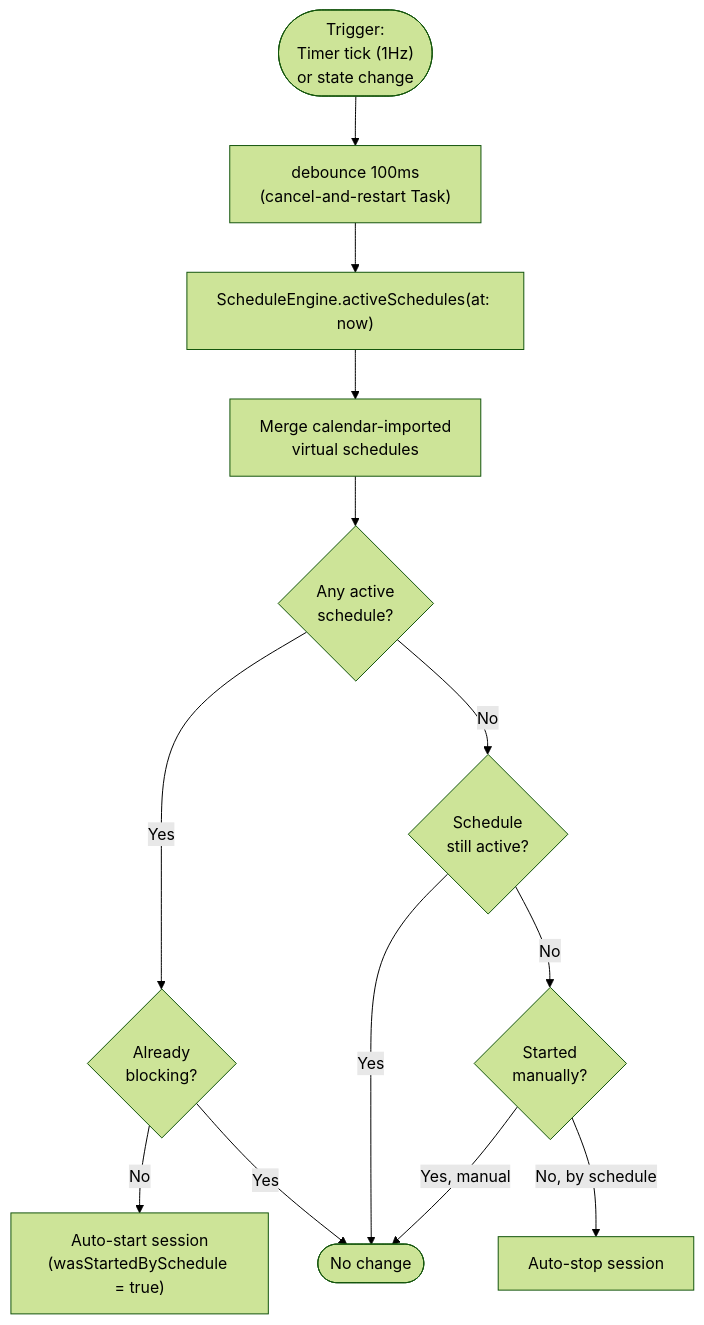
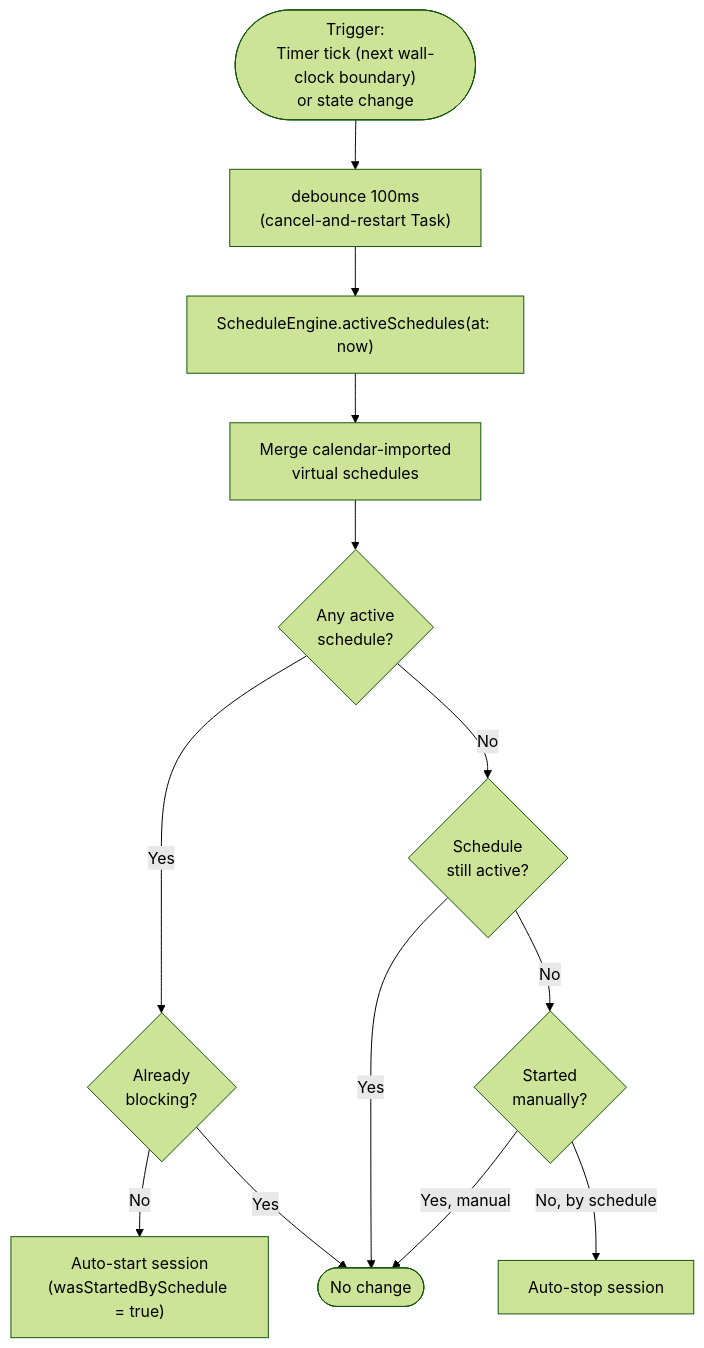
Before and after one commit to albibenni/free: the fifth of 12 diagrams in Docs/diagrams.md, drawn with Mermaid (forest theme). The commit also changed other lines of this file and 1 other file, not shown here.

````diff
--- a/Docs/diagrams.md
+++ b/Docs/diagrams.md
@@ -192,27 +192,27 @@
 ```mermaid
 flowchart TD
-  Trigger(["Trigger:\nTimer tick (1Hz)\nor state change"])
+  Trigger(["Trigger:\nTimer tick (next wall-clock boundary)\nor state change"])
   Debounce["debounce 100ms\n(cancel-and-restart Task)"]
   Evaluate["ScheduleEngine.activeSchedules(at: now)"]
   CalendarEvents["Merge calendar-imported\nvirtual schedules"]
   AnyActive{Any active\nschedule?}
   IsBlocking{Already\nblocking?}
   WasManual{Started\nmanually?}
   AutoStart["Auto-start session\n(wasStartedBySchedule = true)"]
   StillHaveActive{Schedule\nstill active?}
   AutoStop["Auto-stop session"]
   NoOp(["No change"])
 
   Trigger --> Debounce
   Debounce --> Evaluate
   Evaluate --> CalendarEvents
   CalendarEvents --> AnyActive
   AnyActive -->|Yes| IsBlocking
   AnyActive -->|No| StillHaveActive
   IsBlocking -->|No| AutoStart
   IsBlocking -->|Yes| NoOp
   StillHaveActive -->|Yes| NoOp
   StillHaveActive -->|No| WasManual
   WasManual -->|Yes, manual| NoOp
   WasManual -->|No, by schedule| AutoStop
 ```
````
